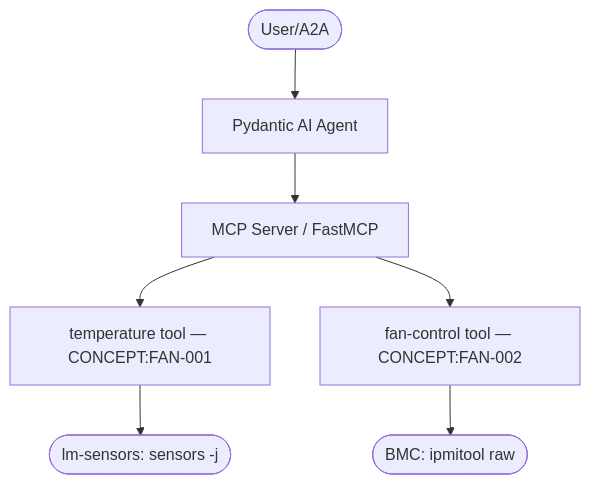
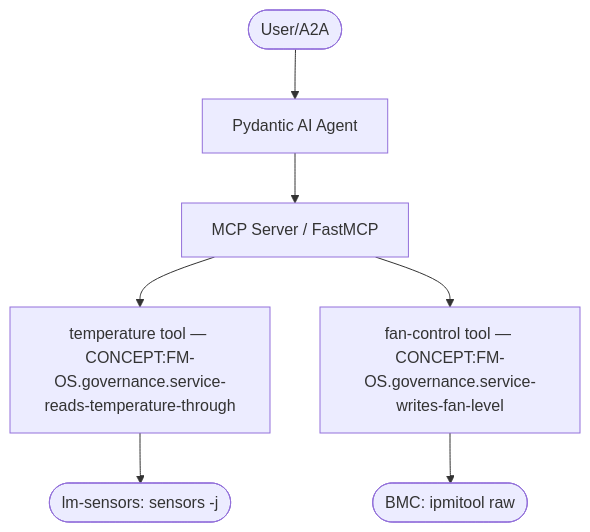
One commit to Knuckles-Team/fan-manager changed the diagram in docs/overview.md. Above: the diagram before and after it, drawn with Mermaid. The commit also changed other lines of this file and 27 other files, not shown here.

````diff
--- a/docs/overview.md
+++ b/docs/overview.md
@@ -13,9 +13,9 @@
 ```mermaid
 graph TD
     User([User/A2A]) --> Agent[Pydantic AI Agent]
     Agent --> MCP[MCP Server / FastMCP]
-    MCP --> Temp[temperature tool — CONCEPT:FAN-001]
-    MCP --> Fan[fan-control tool — CONCEPT:FAN-002]
+    MCP --> Temp[temperature tool — CONCEPT:FM-OS.governance.service-reads-temperature-through]
+    MCP --> Fan[fan-control tool — CONCEPT:FM-OS.governance.service-writes-fan-level]
     Temp --> Sensors([lm-sensors: sensors -j])
     Fan --> IPMI([BMC: ipmitool raw])
 ```
````
